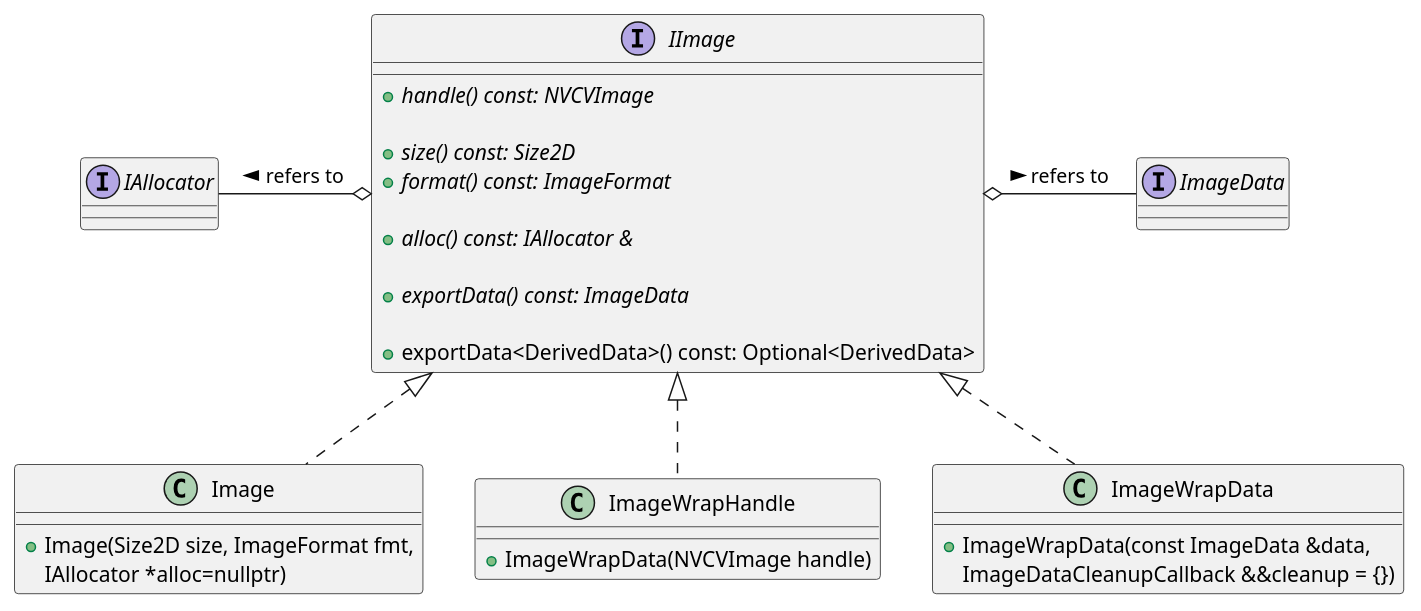
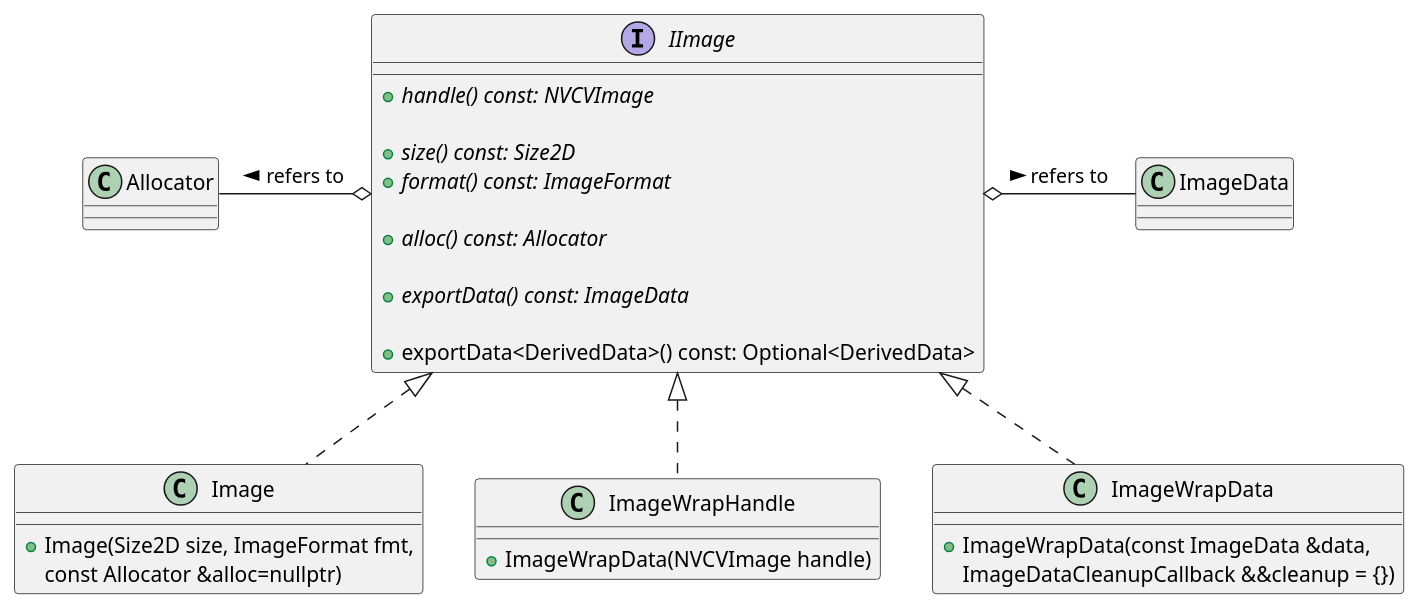
One commit to JanuszL/CV-CUDA changed the diagram in docs/design/image_classes.puml. Above: the diagram before and after it, drawn with PlantUML. The commit also changed 53 other files, not shown here.

```diff
--- a/docs/design/image_classes.puml
+++ b/docs/design/image_classes.puml
@@ -13,41 +13,41 @@
 @startuml
 
-interface IAllocator
+class Allocator
 
-interface ImageData
+class ImageData
 
 interface IImage
 {
     + {abstract} handle() const: NVCVImage
 
     + {abstract} size() const: Size2D
     + {abstract} format() const: ImageFormat
 
-    + {abstract} alloc() const: IAllocator &
+    + {abstract} alloc() const: Allocator
 
     + {abstract} exportData() const: ImageData
 
     + exportData<DerivedData>() const: Optional<DerivedData>
 }
 
-IAllocator -right-o IImage: refers to <
+Allocator -right-o IImage: refers to <
 ImageData -left-o IImage: refers to <
 
 class Image implements IImage
 {
     + Image(Size2D size, ImageFormat fmt,
-            IAllocator *alloc=nullptr)
+            const Allocator &alloc=nullptr)
 }
 
 class ImageWrapHandle implements IImage
 {
     + ImageWrapData(NVCVImage handle)
 }
 
 class ImageWrapData implements IImage
 {
     + ImageWrapData(const ImageData &data,
                     ImageDataCleanupCallback &&cleanup = {})
 }
 
 @enduml
```
